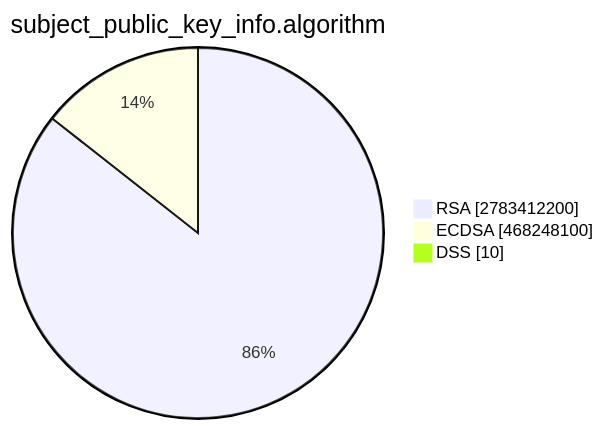
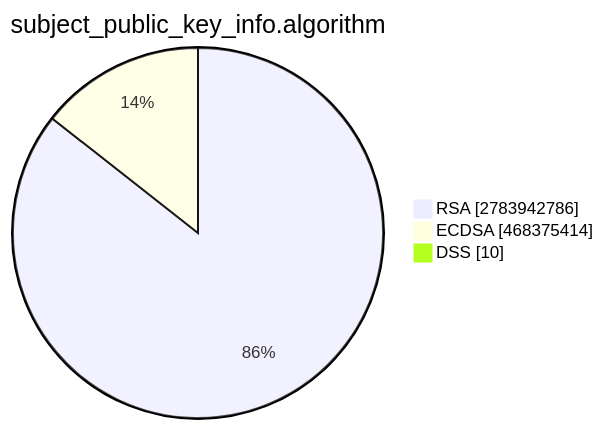
Before and after one commit to christiankrug/ctmonitor_visualization: the second of 15 diagrams in TOTAL/README.md, drawn with Mermaid. The commit also changed other lines of this file, not shown here.

````diff
--- a/TOTAL/README.md
+++ b/TOTAL/README.md
@@ -6,7 +6,7 @@
 ```mermaid
 pie showData
 title subject_public_key_info.algorithm
-"RSA" :2783412200
-"ECDSA" :468248100
+"RSA" :2783942786
+"ECDSA" :468375414
 "DSS" :10
 ```
````
